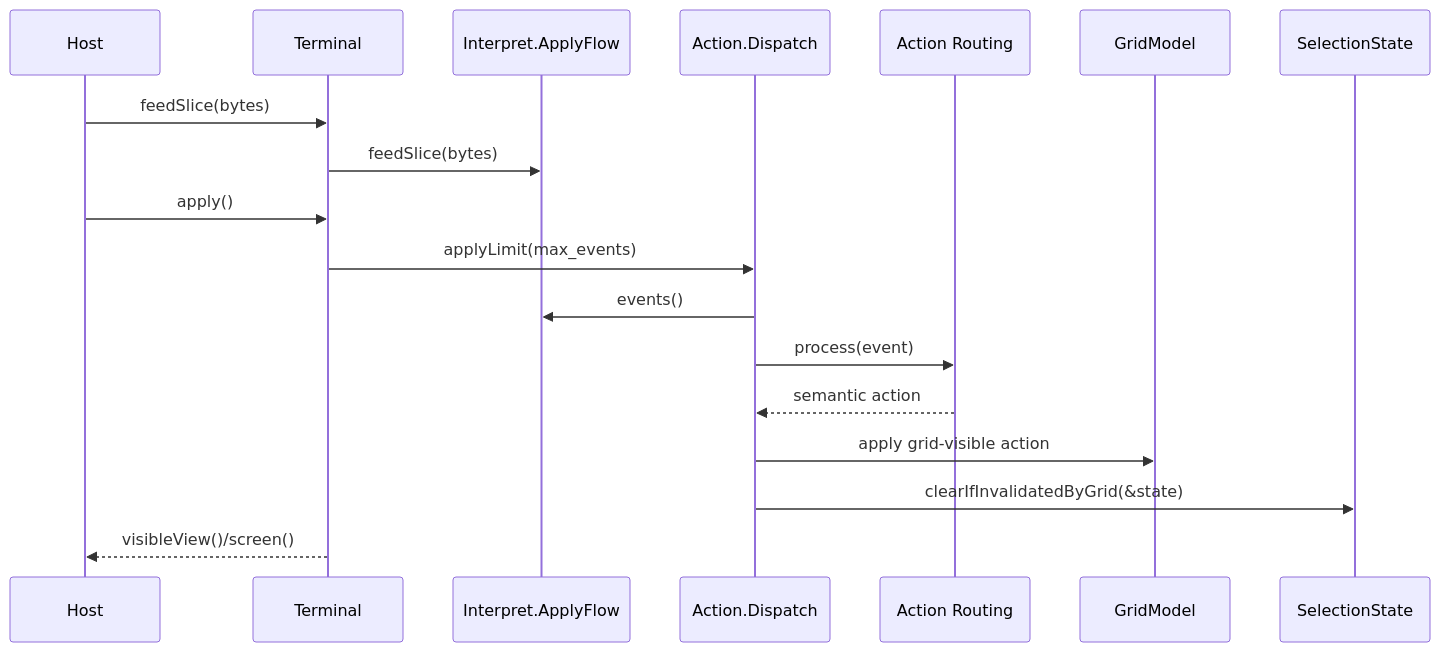
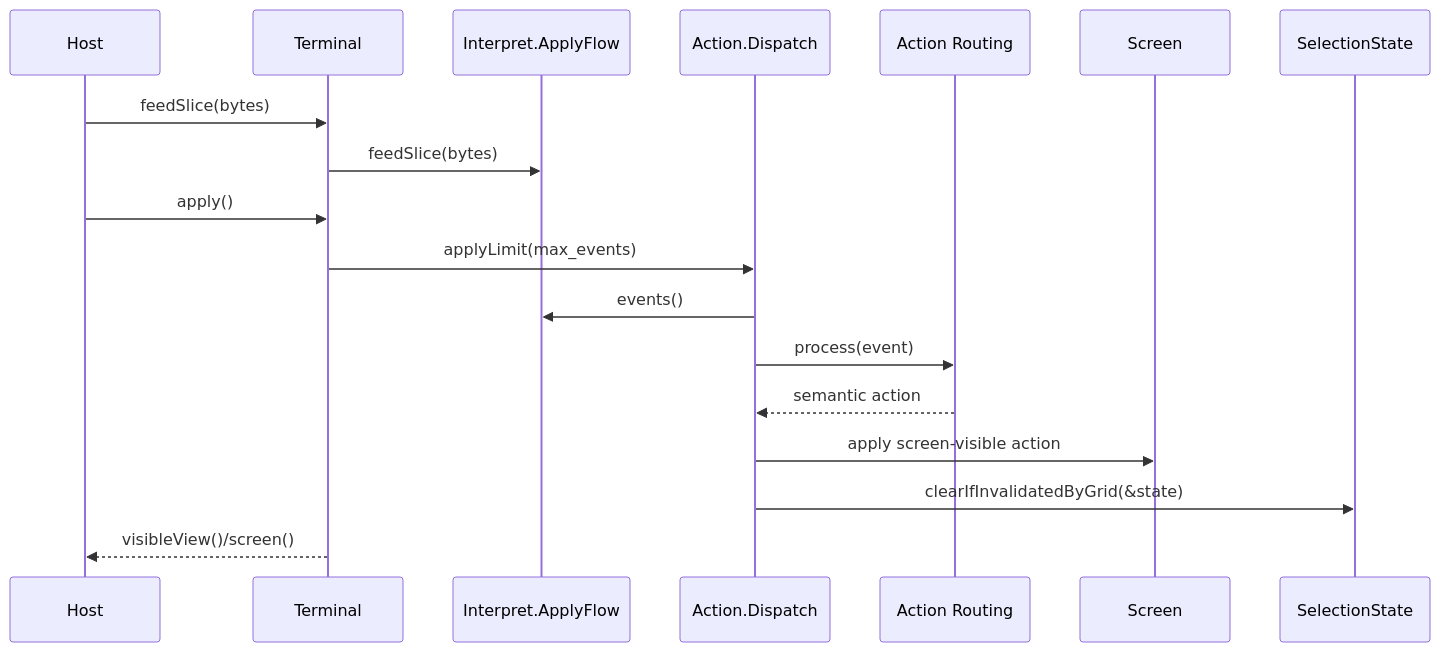
The third of 4 diagrams in design.md (LaurenceGuws/howl-vt), drawn with Mermaid before and after one commit. The commit also changed other lines of this file and 45 other files, not shown here.

Commit message:
vt: rename grid owner to screen

````diff
--- a/design.md
+++ b/design.md
@@ -122,21 +119,21 @@
 ```mermaid
 sequenceDiagram
     participant Host
     participant V as Terminal
     participant F as Interpret.ApplyFlow
     participant D as Action.Dispatch
     participant A as Action Routing
-    participant G as GridModel
+    participant G as Screen
     participant S as SelectionState
 
     Host->>V: feedSlice(bytes)
     V->>F: feedSlice(bytes)
     Host->>V: apply()
     V->>D: applyLimit(max_events)
     D->>F: events()
     D->>A: process(event)
     A-->>D: semantic action
-    D->>G: apply grid-visible action
+    D->>G: apply screen-visible action
     D->>S: clearIfInvalidatedByGrid(&state)
     V-->>Host: visibleView()/screen()
 ```
````
